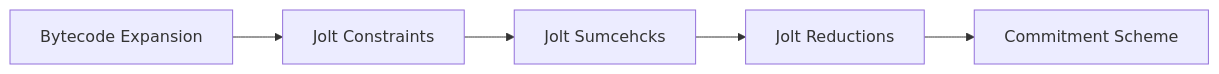
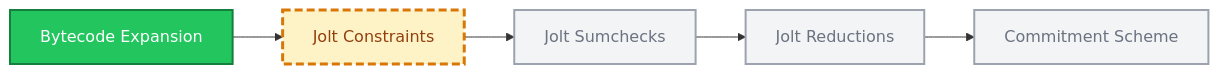
The diagram in README.md (abiswas3/jolt-qed), drawn with Mermaid before and after one commit.

Commit message:
Change mermaid

````diff
--- a/README.md
+++ b/README.md
@@ -7,4 +7,13 @@
 ```mermaid
 flowchart LR
-    A["Bytecode Expansion"] --> B["Jolt Constraints"] --> C["Jolt Sumcehcks"] --> D["Jolt Reductions"] --> E["Commitment Scheme"]
+    A["Bytecode Expansion"] --> B["Jolt Constraints"] --> C["Jolt Sumchecks"] --> D["Jolt Reductions"] --> E["Commitment Scheme"]
+
+    classDef complete fill:#22c55e,stroke:#15803d,stroke-width:2px,color:#ffffff
+    classDef inprogress fill:#fef3c7,stroke:#d97706,stroke-width:3px,stroke-dasharray:8 4,color:#92400e
+    classDef pending fill:#f3f4f6,stroke:#9ca3af,stroke-width:2px,color:#6b7280
+
+    class A complete
+    class B inprogress
+    class C,D,E pending
+
 ```
````
